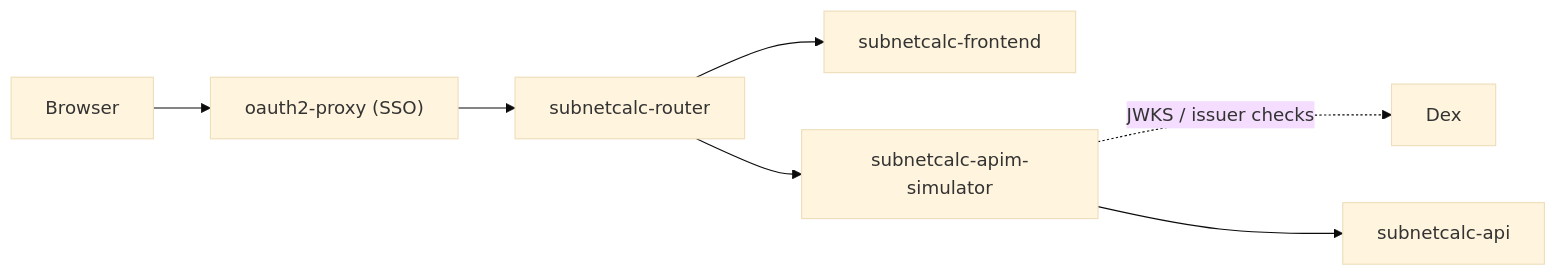
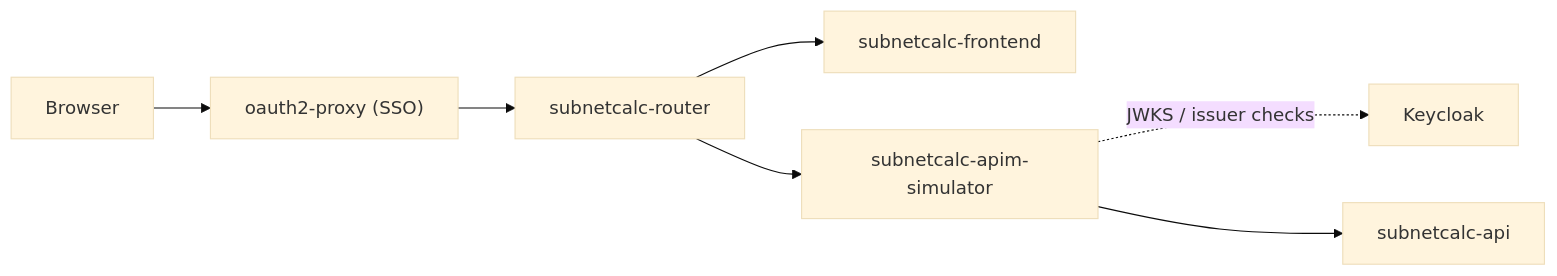
The first of 2 diagrams in kubernetes/kind/docs/sample-apps.md (nickromney/platform), drawn with Mermaid (base theme) before and after one commit. The commit also changed 152 other files, not shown here.

````diff
--- a/kubernetes/kind/docs/sample-apps.md
+++ b/kubernetes/kind/docs/sample-apps.md
@@ -18,9 +18,9 @@
 ```mermaid
 flowchart LR
     user["Browser"] --> sso["oauth2-proxy (SSO)"]
     sso --> router["subnetcalc-router"]
     router --> fe["subnetcalc-frontend"]
     router --> apim["subnetcalc-apim-simulator"]
-    apim -. "JWKS / issuer checks" .-> dex["Dex"]
+    apim -. "JWKS / issuer checks" .-> keycloak["Keycloak"]
     apim --> api["subnetcalc-api"]
 ```
````
